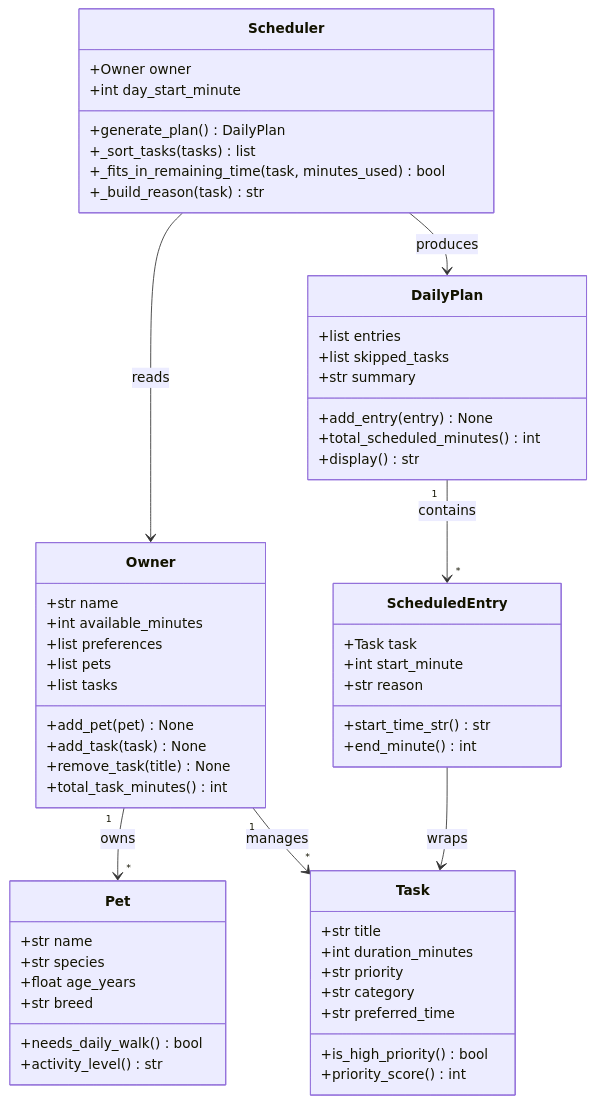
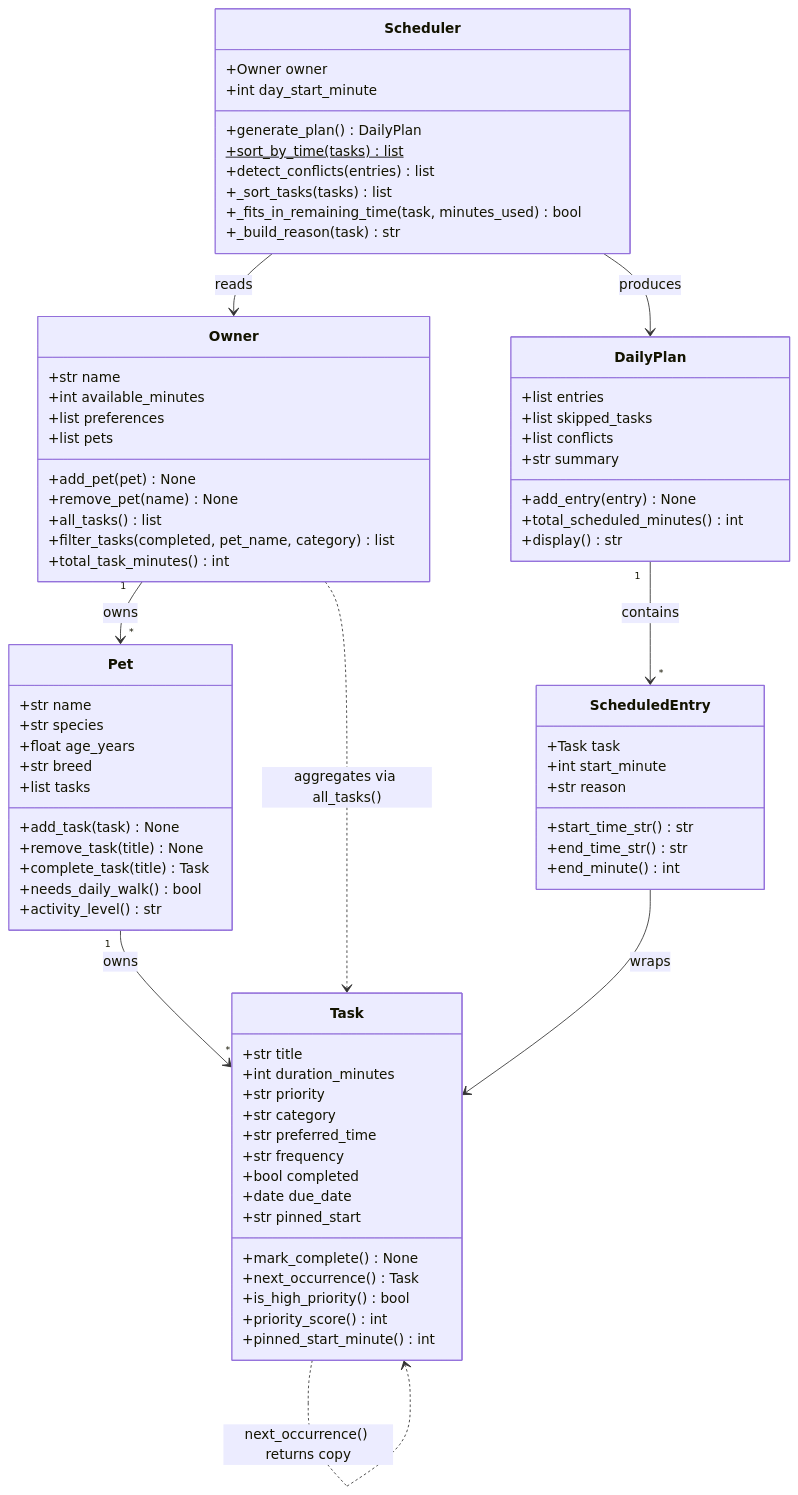
Before and after one commit to Akash-t25/ai110-module2show-pawpal-starter: the diagram in reflection.md, drawn with Mermaid. The commit also changed other lines of this file and 2 other files, not shown here.

````diff
--- a/reflection.md
+++ b/reflection.md
@@ -37,8 +39,15 @@
         +str priority
         +str category
         +str preferred_time
+        +str frequency
+        +bool completed
+        +date due_date
+        +str pinned_start
+        +mark_complete() None
+        +next_occurrence() Task
         +is_high_priority() bool
         +priority_score() int
+        +pinned_start_minute() int
     }
 
     class Pet {
@@ -46,6 +55,10 @@
         +str species
         +float age_years
         +str breed
+        +list tasks
+        +add_task(task) None
+        +remove_task(title) None
+        +complete_task(title) Task
         +needs_daily_walk() bool
         +activity_level() str
     }
@@ -55,10 +68,10 @@
         +int available_minutes
         +list preferences
         +list pets
-        +list tasks
         +add_pet(pet) None
-        +add_task(task) None
-        +remove_task(title) None
+        +remove_pet(name) None
+        +all_tasks() list
+        +filter_tasks(completed, pet_name, category) list
         +total_task_minutes() int
     }
 
@@ -67,12 +80,14 @@
         +int start_minute
         +str reason
         +start_time_str() str
+        +end_time_str() str
         +end_minute() int
     }
 
     class DailyPlan {
         +list entries
         +list skipped_tasks
+        +list conflicts
         +str summary
         +add_entry(entry) None
         +total_scheduled_minutes() int
@@ -83,15 +98,19 @@
         +Owner owner
         +int day_start_minute
         +generate_plan() DailyPlan
+        +sort_by_time(tasks)$ list
+        +detect_conflicts(entries) list
         +_sort_tasks(tasks) list
         +_fits_in_remaining_time(task, minutes_used) bool
         +_build_reason(task) str
     }
 
     Owner "1" --> "*" Pet : owns
-    Owner "1" --> "*" Task : manages
+    Pet "1" --> "*" Task : owns
+    Owner ..> Task : aggregates via all_tasks()
     Scheduler --> Owner : reads
     Scheduler --> DailyPlan : produces
     DailyPlan "1" --> "*" ScheduledEntry : contains
     ScheduledEntry --> Task : wraps
+    Task ..> Task : next_occurrence() returns copy
 ```
````
